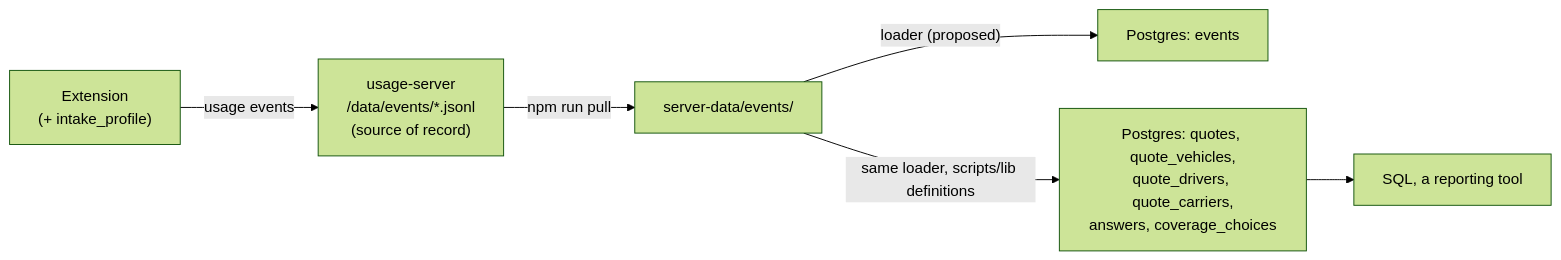
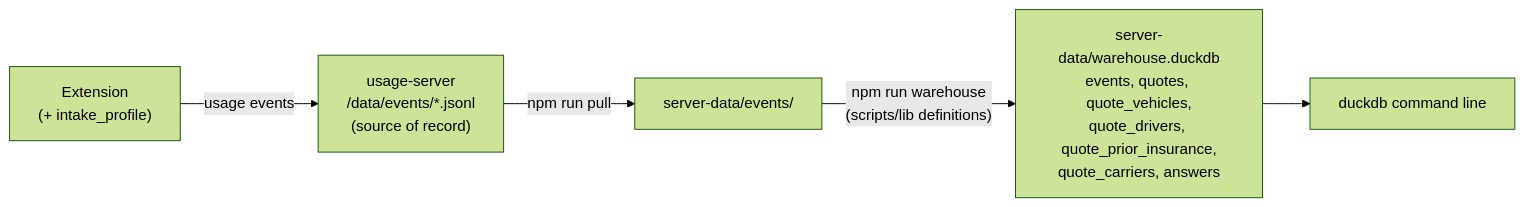
The diagram in docs/quoting-history-database.md (lutfikeskin/tni-rater-autofill), drawn with Mermaid (forest theme) before and after one commit. The commit also changed other lines of this file and 7 other files, not shown here.

First line of the commit message:
docs: the quoting history warehouse is a DuckDB file

````diff
--- a/docs/quoting-history-database.md
+++ b/docs/quoting-history-database.md
@@ -109,8 +109,7 @@
 ```mermaid
 flowchart LR
   EXT["Extension<br/>(+ intake_profile)"] -- "usage events" --> SRV["usage-server<br/>/data/events/*.jsonl<br/>(source of record)"]
   SRV -- "npm run pull" --> LOCAL["server-data/events/"]
-  LOCAL -- "loader (proposed)" --> RAW["Postgres: events"]
-  LOCAL -- "same loader, scripts/lib definitions" --> DER["Postgres: quotes, quote_vehicles,<br/>quote_drivers, quote_carriers,<br/>answers, coverage_choices"]
-  DER --> SQL["SQL, a reporting tool"]
+  LOCAL -- "npm run warehouse<br/>(scripts/lib definitions)" --> DUCK["server-data/warehouse.duckdb<br/>events, quotes, quote_vehicles,<br/>quote_drivers, quote_prior_insurance,<br/>quote_carriers, answers"]
+  DUCK --> SQL["duckdb command line"]
 ```
````
